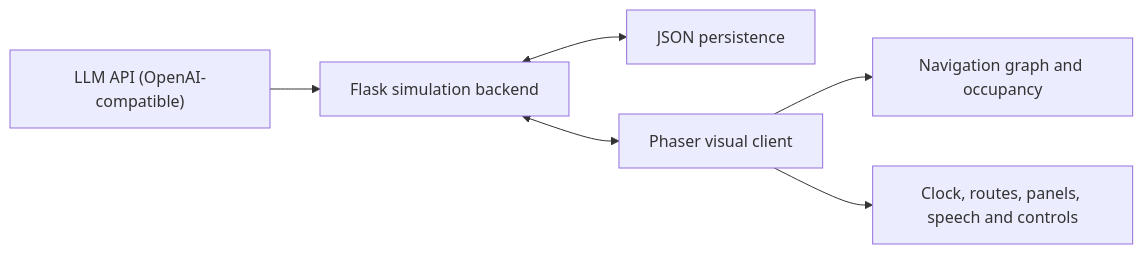
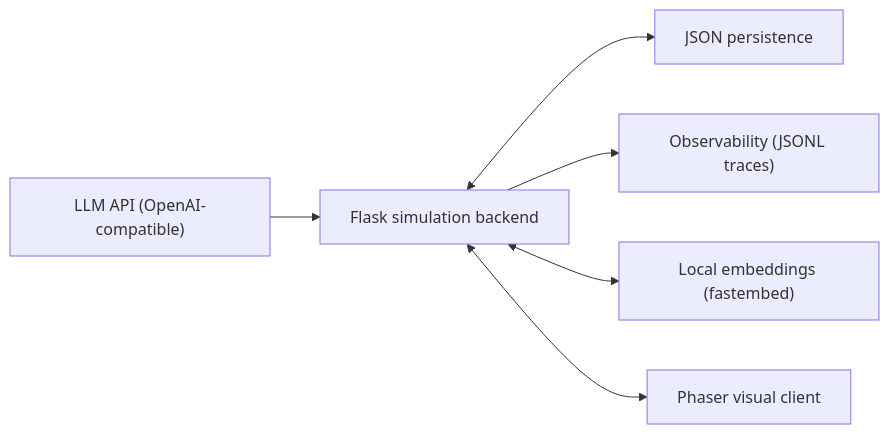
Before and after one commit to aoaoguo2003/valentown: the diagram in README.md, drawn with Mermaid. The commit also changed other lines of this file and 2 other files, not shown here.

````diff
--- a/README.md
+++ b/README.md
@@ -53,8 +60,8 @@
 ```mermaid
 flowchart LR
     L["LLM API (OpenAI-compatible)"] --> B["Flask simulation backend"]
     B <--> P["JSON persistence"]
+    B --> O["Observability (JSONL traces)"]
+    B <--> E["Local embeddings (fastembed)"]
     B <--> F["Phaser visual client"]
-    F --> N["Navigation graph and occupancy"]
-    F --> U["Clock, routes, panels, speech and controls"]
 ```
````
